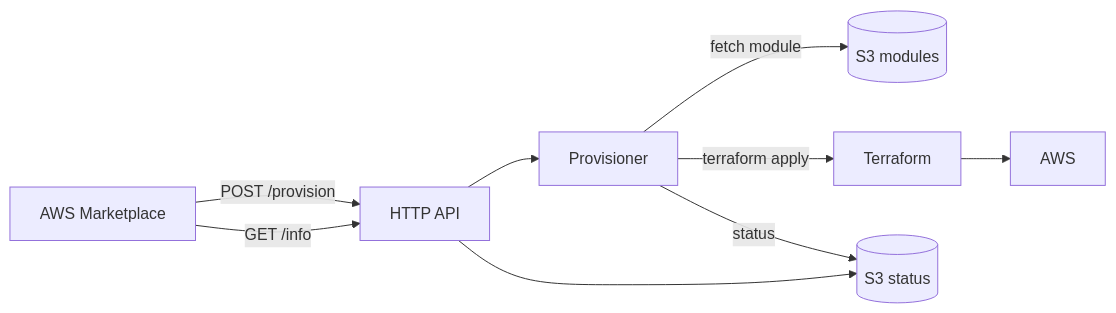
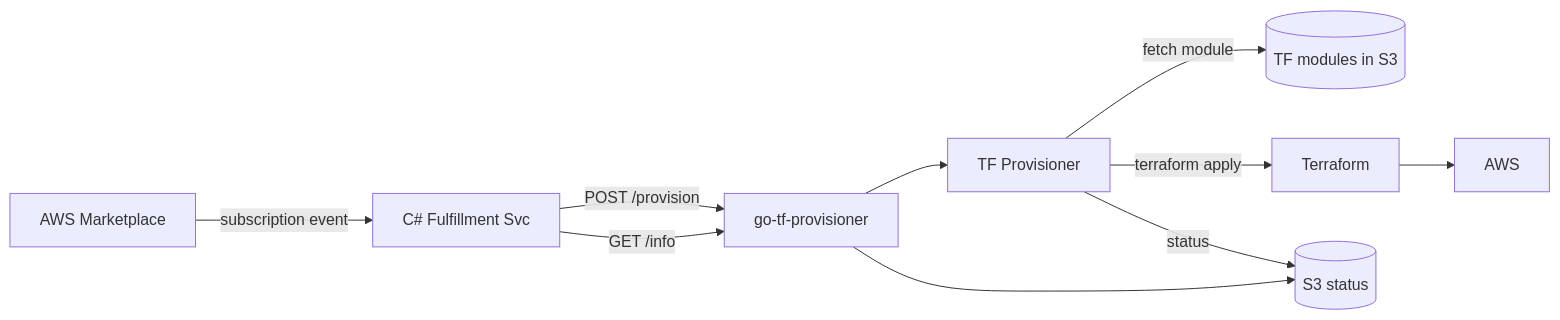
Before and after one commit to mikemiller35/tf-api-provisioner: the diagram in README.md, drawn with Mermaid. The commit also changed other lines of this file and 24 other files, not shown here.

````diff
--- a/README.md
+++ b/README.md
@@ -15,11 +15,12 @@
 ```mermaid
 flowchart LR
-    MP[AWS Marketplace] -->|POST /provision| API[HTTP API]
-    API --> P[Provisioner]
-    P -->|fetch module| S3M[(S3 modules)]
+    MP[AWS Marketplace] -->|subscription event| CS[C# Fulfillment Svc]
+    CS -->|POST /provision| API[go-tf-provisioner]
+    API --> P[TF Provisioner]
+    P -->|fetch module| S3M[(TF modules in S3)]
     P -->|terraform apply| TF[Terraform]
     TF --> AWS
     P -->|status| S3S[(S3 status)]
-    MP -->|GET /info| API
+    CS -->|GET /info| API
     API --> S3S
 ```
````
